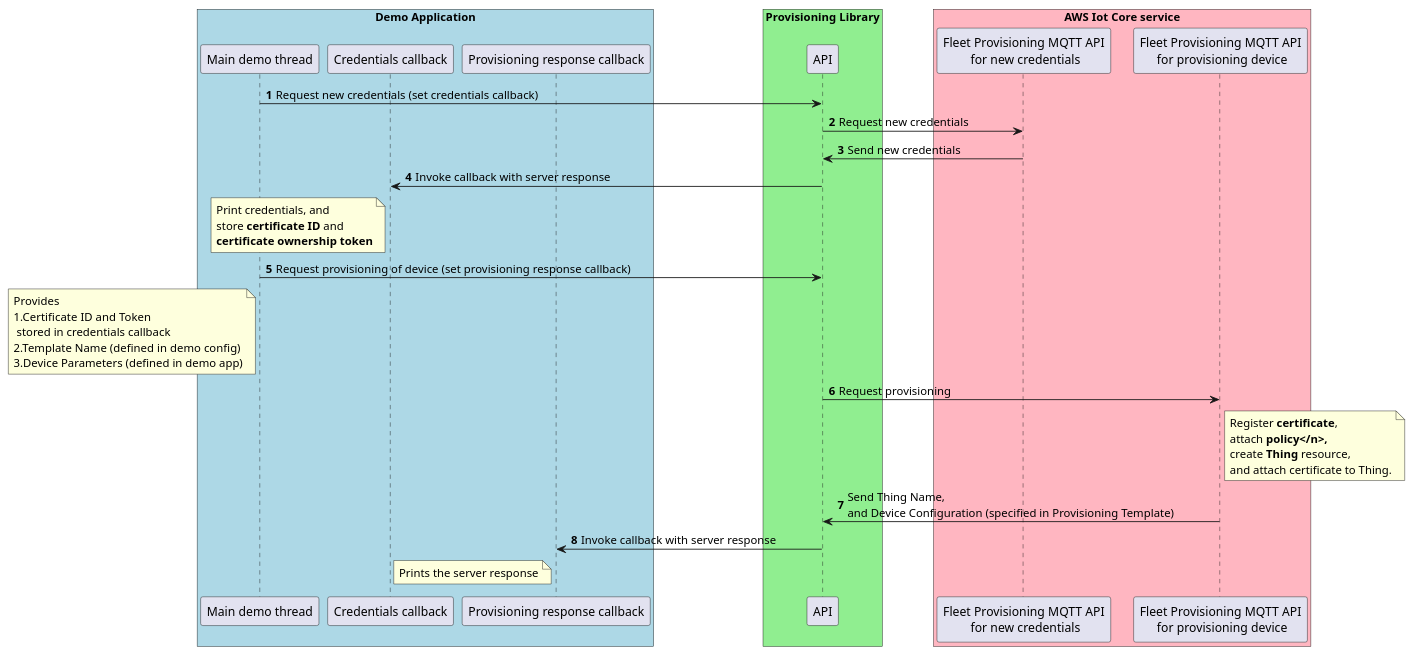
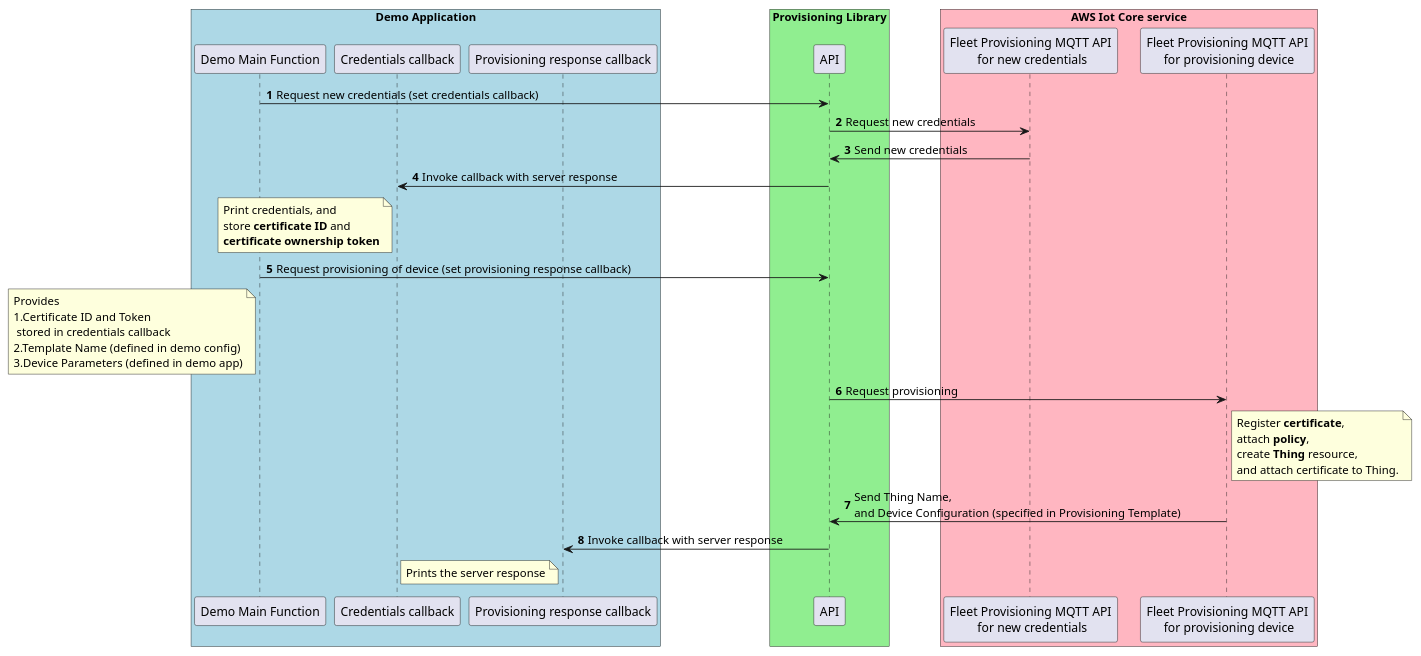
Before and after one commit to aws/aws-iot-device-sdk-embedded-C: the diagram in doc/plantuml/provisioning_demo.pu, drawn with PlantUML. The commit also changed 1 other file, not shown here.

Commit message:
Add demo config data

```diff
--- a/doc/plantuml/provisioning_demo.pu
+++ b/doc/plantuml/provisioning_demo.pu
@@ -1,36 +1,36 @@
 @startuml
 skinparam classFontSize 8
 skinparam classFontName Helvetica
 autonumber
 
 box "Demo Application" #LightBlue
-    participant "Main demo thread" as main
+    participant "Demo Main Function" as main
     participant "Credentials callback" as credentials_callback
     participant "Provisioning response callback" as provision_callback
 end box
 
 
 box "Provisioning Library" #LightGreen
     participant "API" as library
 end box
 
 box "AWS Iot Core service" #LightPink
     participant "Fleet Provisioning MQTT API\n for new credentials" as credentials_api
     participant "Fleet Provisioning MQTT API\n for provisioning device" as provision_api
 end box
 
 main -> library: Request new credentials (set credentials callback)
 library -> credentials_api: Request new credentials 
 credentials_api -> library: Send new credentials
 library -> credentials_callback: Invoke callback with server response
 note left of credentials_callback: Print credentials, and \nstore <b>certificate ID</b> and \n<b>certificate ownership token</b>
 
 main -> library: Request provisioning of device (set provisioning response callback)
 note left of main: Provides\n1.Certificate ID and Token\n stored in credentials callback\n2.Template Name (defined in demo config)\n3.Device Parameters (defined in demo app)
 library -> provision_api: Request provisioning  
-note right of provision_api: Register <b>certificate</b>,\nattach <b>policy</n>,\ncreate <b>Thing</b> resource,\nand attach certificate to Thing.
+note right of provision_api: Register <b>certificate</b>,\nattach <b>policy</b>,\ncreate <b>Thing</b> resource,\nand attach certificate to Thing.
 provision_api -> library: Send Thing Name,\nand Device Configuration (specified in Provisioning Template)
 library -> provision_callback: Invoke callback with server response
 note left of provision_callback: Prints the server response
 
 @enduml
```
